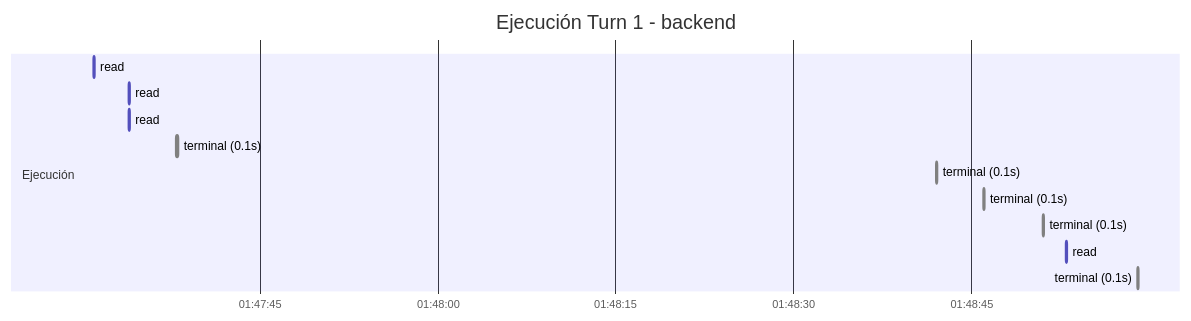
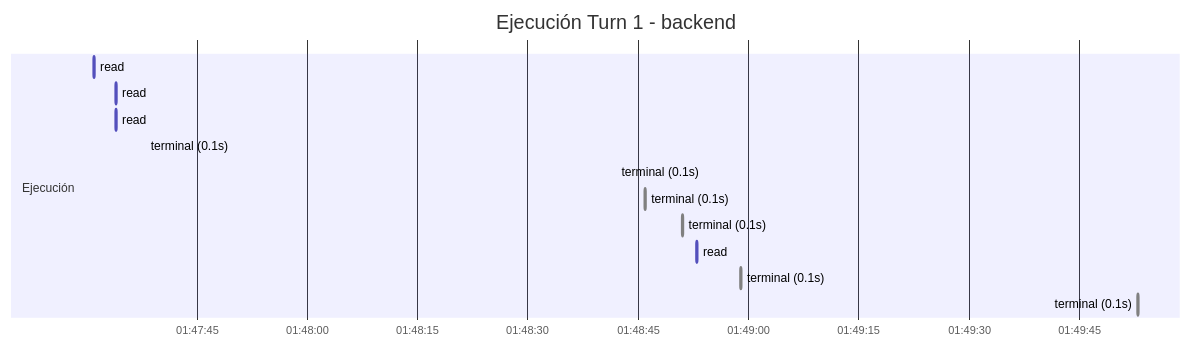
One commit to luisdalmasso/orquestador-contamela changed the diagram in .ponytail/traces/2026-07-09_auto_recovered_ae71575df28f/backend_ae71575df28f.md. Above: the diagram before and after it, drawn with Mermaid. The commit also changed other lines of this file, not shown here.

````diff
--- a/.ponytail/traces/2026-07-09_auto_recovered_ae71575df28f/backend_ae71575df28f.md
+++ b/.ponytail/traces/2026-07-09_auto_recovered_ae71575df28f/backend_ae71575df28f.md
@@ -151,17 +151,18 @@
 ```mermaid
 gantt
     title Ejecución Turn 1 - backend
     dateFormat  HH:mm:ss
     axisFormat  %H:%M:%S
 
     section Ejecución
     read: (0.1s)  :done, 01:47:31, 0.1s
     read: (0.1s)  :done, 01:47:34, 0.1s
     read: (0.1s)  :done, 01:47:34, 0.1s
     terminal (0.1s)  :done, 01:47:38, 0.1s
     terminal (0.1s)  :done, 01:48:42, 0.1s
     terminal (0.1s)  :done, 01:48:46, 0.1s
     terminal (0.1s)  :done, 01:48:51, 0.1s
     read: (0.1s)  :done, 01:48:53, 0.1s
     terminal (0.1s)  :done, 01:48:59, 0.1s
+    terminal (0.1s)  :done, 01:49:53, 0.1s
 ```
````
